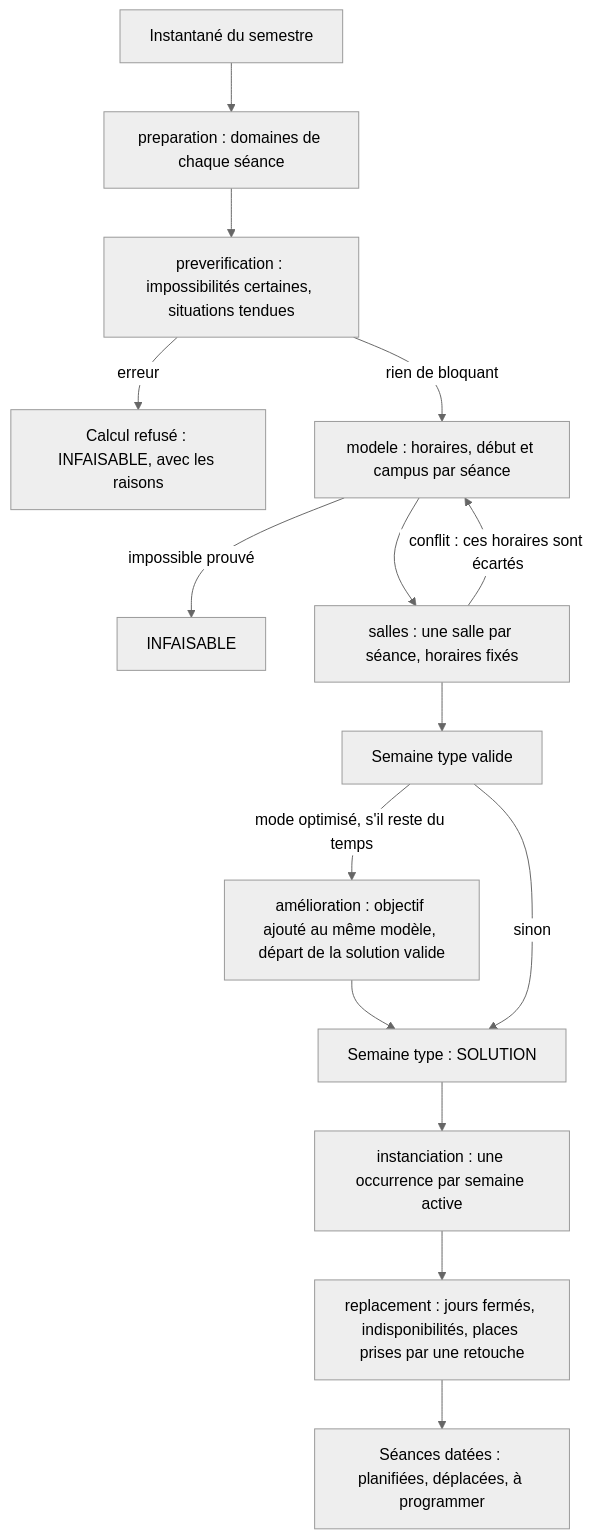
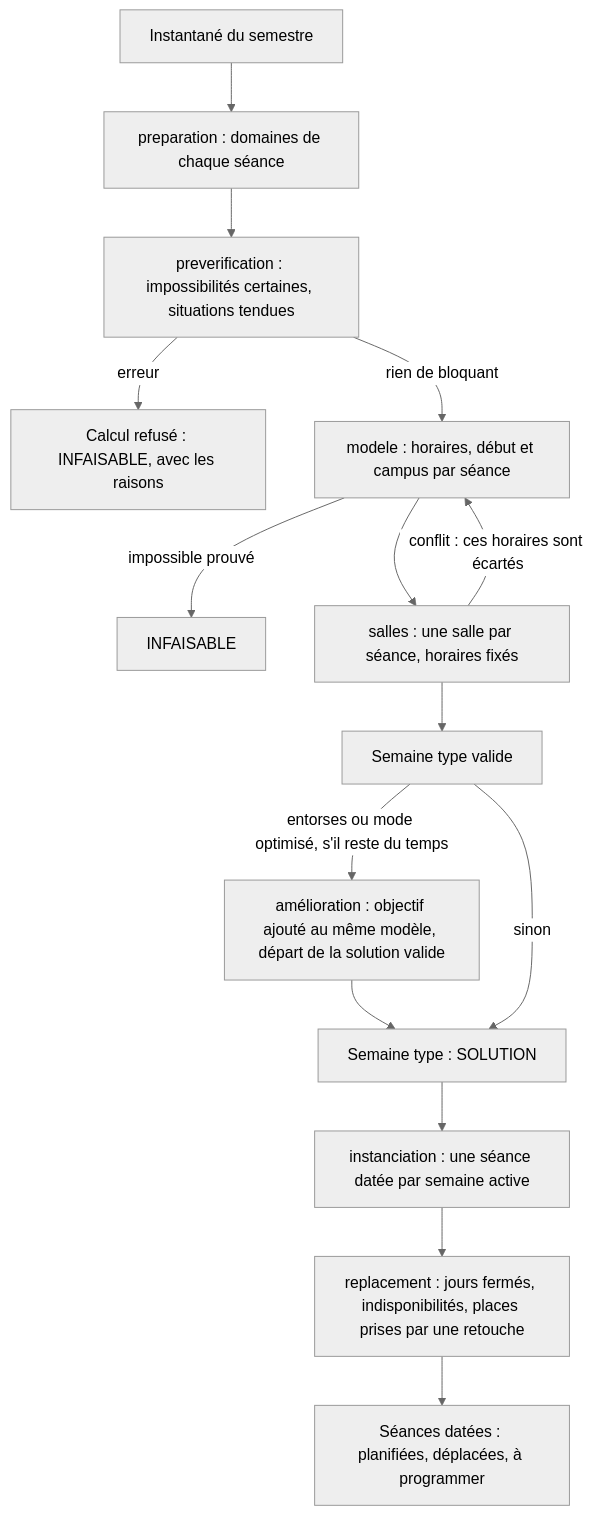
One commit to Maki882/projet-edt changed the diagram in docs/solveur.md. Above: the diagram before and after it, drawn with Mermaid (neutral theme). The commit also changed other lines of this file, not shown here.

````diff
--- a/docs/solveur.md
+++ b/docs/solveur.md
@@ -24,17 +32,17 @@
 ```mermaid
 flowchart TD
     I[Instantané du semestre] --> P[preparation : domaines de chaque séance]
     P --> V[preverification : impossibilités certaines, situations tendues]
     V -->|erreur| R[Calcul refusé : INFAISABLE, avec les raisons]
     V -->|rien de bloquant| H[modele : horaires, début et campus par séance]
     H -->|impossible prouvé| X[INFAISABLE]
     H --> S[salles : une salle par séance, horaires fixés]
     S -->|conflit : ces horaires sont écartés| H
     S --> T[Semaine type valide]
-    T -->|mode optimisé, s'il reste du temps| A[amélioration : objectif ajouté au même modèle, départ de la solution valide]
+    T -->|entorses ou mode optimisé, s'il reste du temps| A[amélioration : objectif ajouté au même modèle, départ de la solution valide]
     A --> U[Semaine type : SOLUTION]
     T -->|sinon| U
-    U --> N[instanciation : une occurrence par semaine active]
+    U --> N[instanciation : une séance datée par semaine active]
     N --> D[replacement : jours fermés, indisponibilités, places prises par une retouche]
     D --> O[Séances datées : planifiées, déplacées, à programmer]
 ```
````
